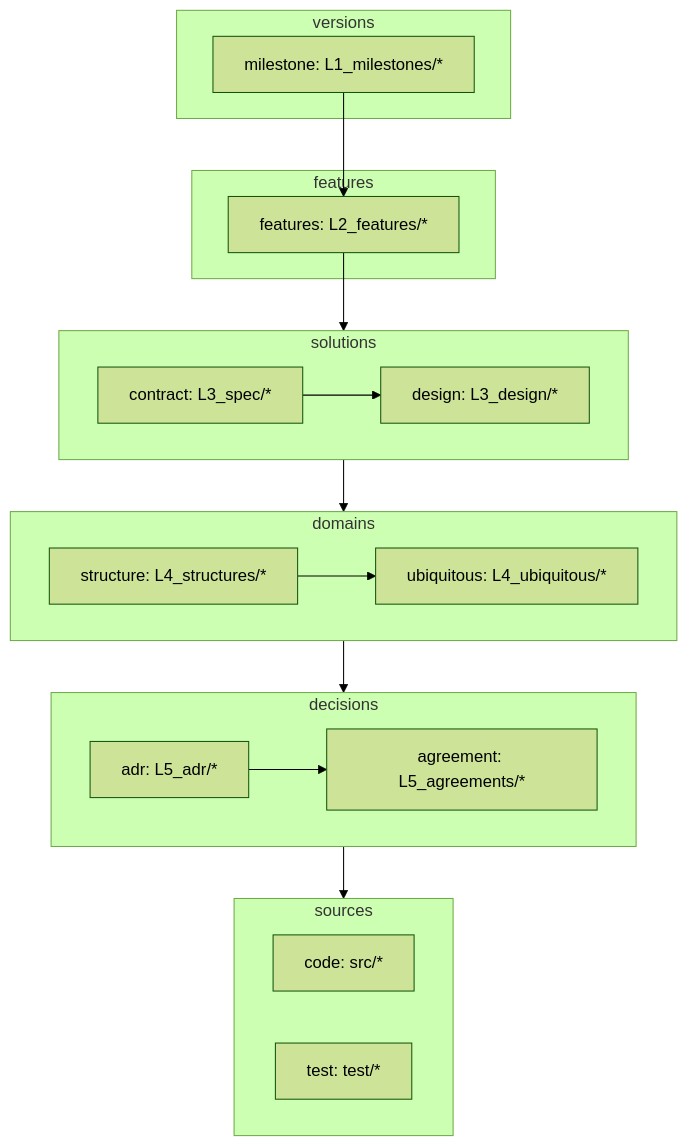
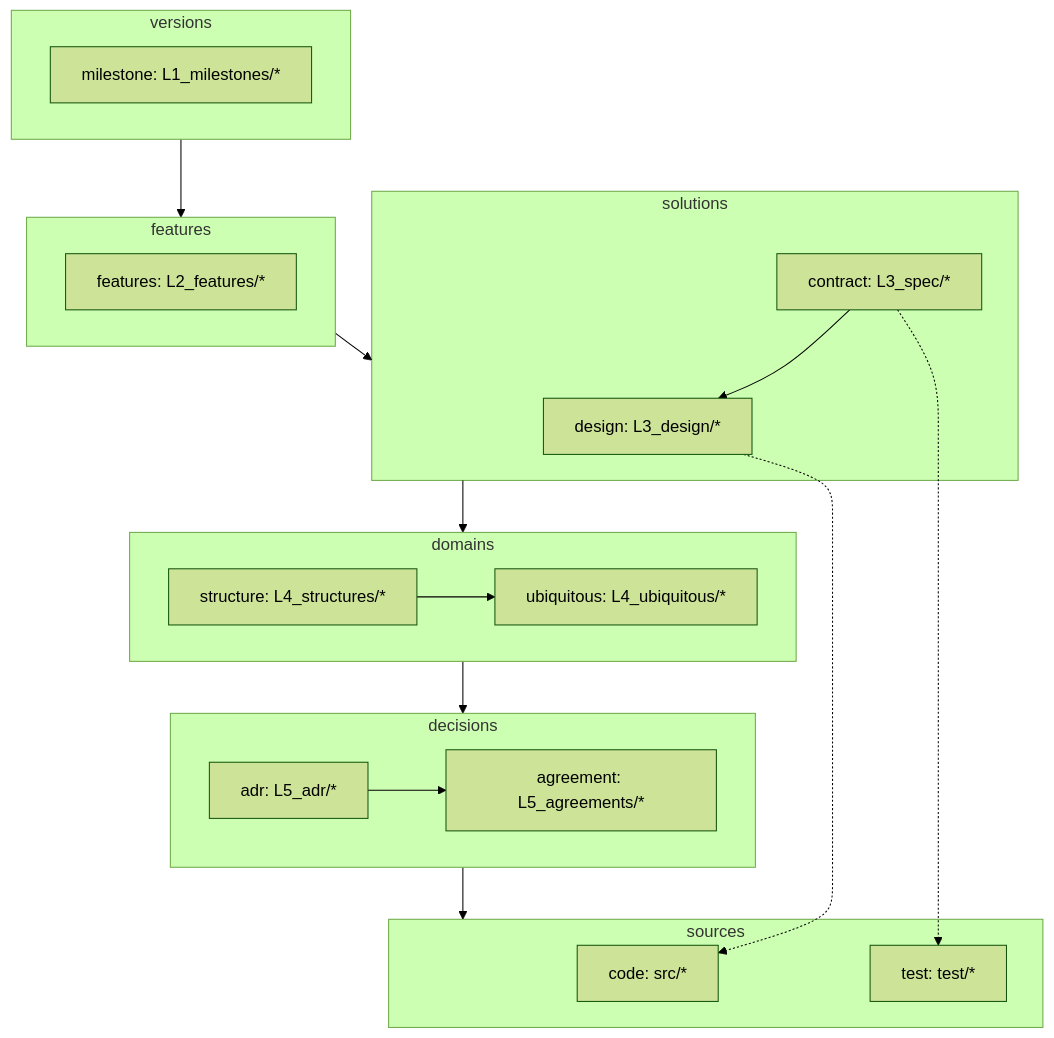
One commit to gameundwatch/periplus changed the diagram in docs/OVERVIEW.md. Above: the diagram before and after it, drawn with Mermaid (forest theme). The commit also changed other lines of this file and 1 other file, not shown here.

````diff
--- a/docs/OVERVIEW.md
+++ b/docs/OVERVIEW.md
@@ -11,39 +13,41 @@
 ```mermaid
 flowchart TD
 
     subgraph L1[versions]
         milestone[milestone: L1_milestones/*]
     end
 
     subgraph L2[features]
         feature[features: L2_features/*]
     end
 
     subgraph L3[solutions]
         design[design: L3_design/*]
         contract[contract: L3_spec/*]
     end
 
     subgraph L4[domains]
         ubiquitous[ubiquitous: L4_ubiquitous/*]
         structure[structure: L4_structures/*]
     end
 
     subgraph L5[decisions]
         adr[adr: L5_adr/*]
         agreement[agreement: L5_agreements/*]
     end
 
     subgraph L6[sources]
         code[code: src/*]
         test[test: test/*]
     end
 
-    milestone --> feature
-    feature --> L3 --> L4 --> L5 --> L6
+    L1 --> L2 --> L3 --> L4 --> L5 --> L6
 
     contract --> design
     structure --> ubiquitous
     adr --> agreement
 
+    design -.-> code
+    contract -.-> test
+
 ```
````
